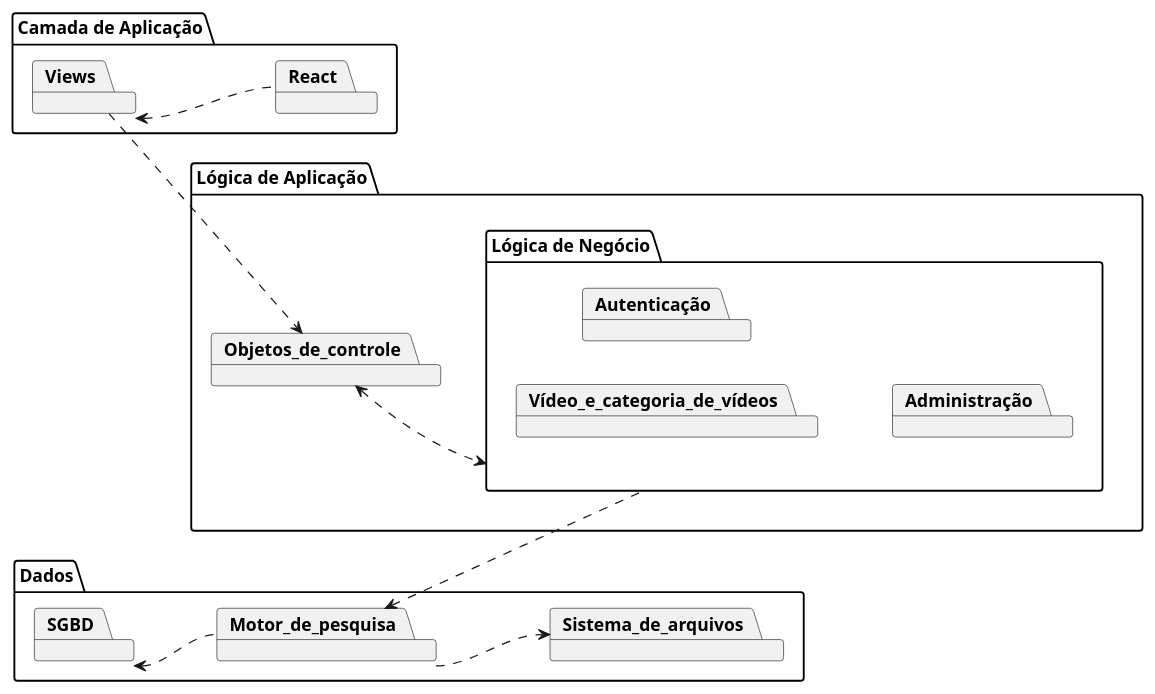
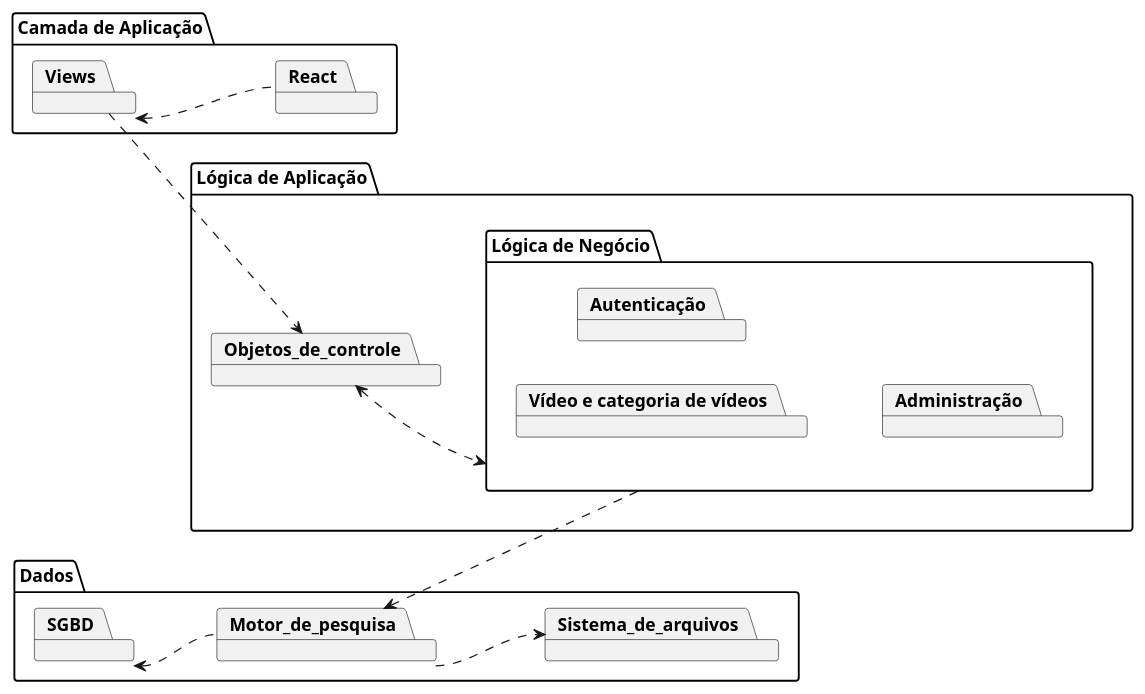
One commit to MurylloEx/DevFlix-PSW changed the diagram in Artefatos/Diagramas/Pacote/Diagrama_Pacotes_Devflix.puml. Above: the diagram before and after it, drawn with PlantUML. The commit also changed 9 other files, not shown here.

Commit message:
Atualizando diagramas

```diff
--- a/Artefatos/Diagramas/Pacote/Diagrama_Pacotes_Devflix.puml
+++ b/Artefatos/Diagramas/Pacote/Diagrama_Pacotes_Devflix.puml
@@ -1,31 +1,31 @@
 @startuml PackageDiagram
 
 left to right direction
 
 package "Camada de Aplicação" as CamadaDeApresentação {
     package Views
     package React
 }
 
 package "Lógica de Aplicação" as LógicaDaAplicação {
     package Objetos_de_controle
     package "Lógica de Negócio" as LógicaDeNegócio {
-        package Vídeo_e_categoria_de_vídeos
+        package "Vídeo e categoria de vídeos"
         package Autenticação
         package Administração
     }
 }
 
 package Dados {
     package SGBD
     package Motor_de_pesquisa 
     package Sistema_de_arquivos
 }
 
 Views <.. React
 Views .down.> Objetos_de_controle
 SGBD <.. Motor_de_pesquisa
 Motor_de_pesquisa ..> Sistema_de_arquivos
 Objetos_de_controle <..> LógicaDeNegócio
 LógicaDeNegócio .up.> Motor_de_pesquisa
 @enduml
```
